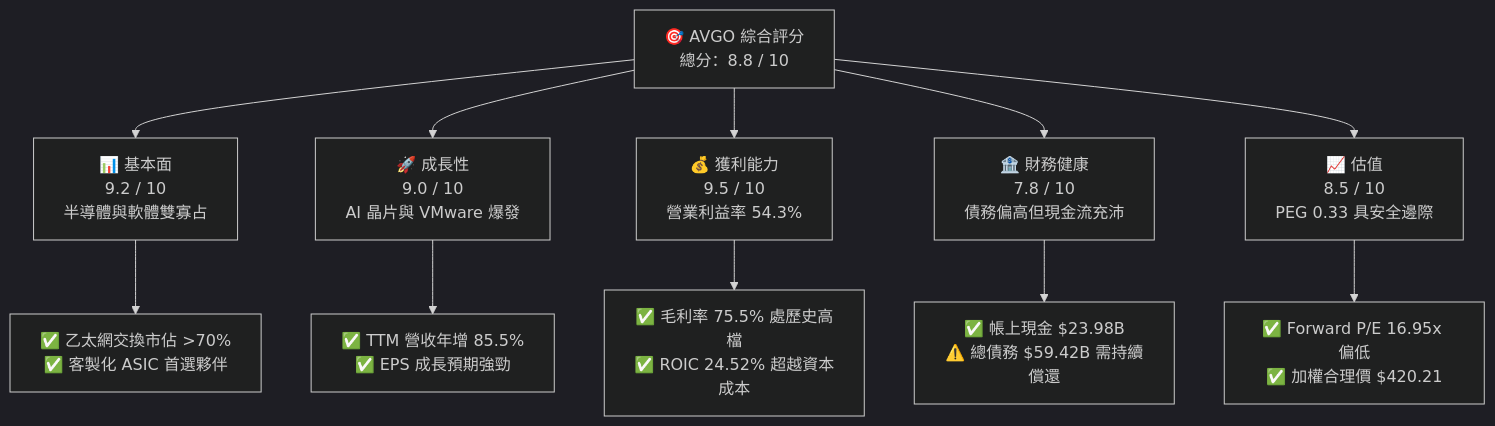
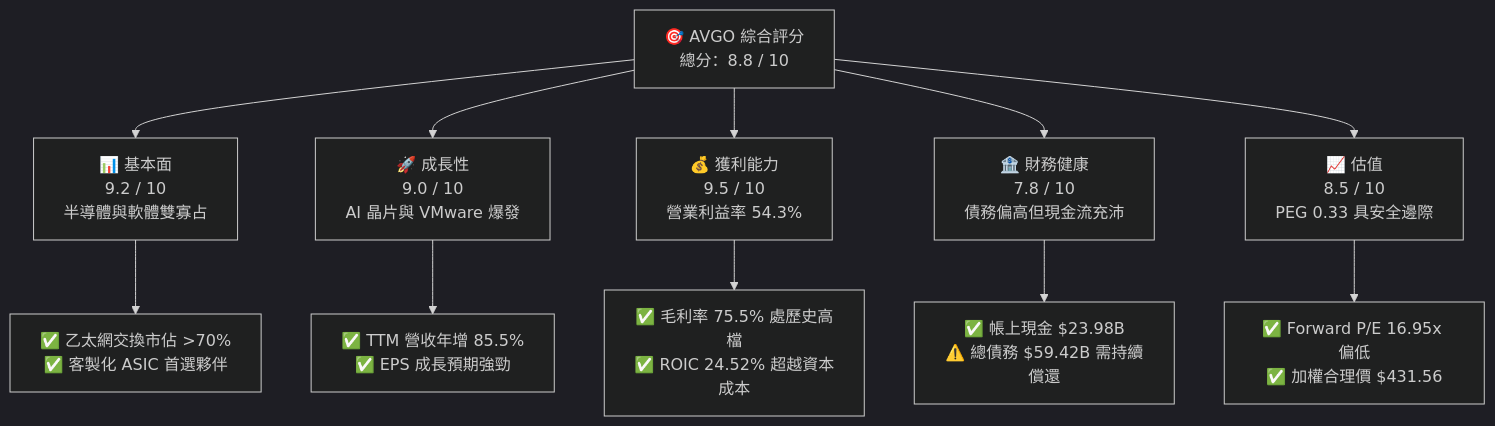
Before and after one commit to yennanliu/finance_data: the first of 16 diagrams in ai_gen_report/fundamental/avgo/fundamental_analysis_2026-10-17_gemini.md, drawn with Mermaid (dark theme). The commit also changed other lines of this file and 339 other files, not shown here.

````diff
--- a/ai_gen_report/fundamental/avgo/fundamental_analysis_2026-10-17_gemini.md
+++ b/ai_gen_report/fundamental/avgo/fundamental_analysis_2026-10-17_gemini.md
@@ -61,22 +68,22 @@
 ```mermaid
 graph TD
     AVGO["🎯 AVGO 綜合評分<br/>總分：8.8 / 10"]
 
     F["📊 基本面<br/>9.2 / 10<br/>半導體與軟體雙寡占"]
     G["🚀 成長性<br/>9.0 / 10<br/>AI 晶片與 VMware 爆發"]
     P["💰 獲利能力<br/>9.5 / 10<br/>營業利益率 54.3%"]
     B["🏦 財務健康<br/>7.8 / 10<br/>債務偏高但現金流充沛"]
     V["📈 估值<br/>8.5 / 10<br/>PEG 0.33 具安全邊際"]
 
     AVGO --> F
     AVGO --> G
     AVGO --> P
     AVGO --> B
     AVGO --> V
 
     F --> F1["✅ 乙太網交換市佔 >70%<br/>✅ 客製化 ASIC 首選夥伴"]
     G --> G1["✅ TTM 營收年增 85.5%<br/>✅ EPS 成長預期強勁"]
     P --> P1["✅ 毛利率 75.5% 處歷史高檔<br/>✅ ROIC 24.52% 超越資本成本"]
     B --> B1["✅ 帳上現金 $23.98B<br/>⚠️ 總債務 $59.42B 需持續償還"]
-    V --> V1["✅ Forward P/E 16.95x 偏低<br/>✅ 加權合理價 $420.21"]
+    V --> V1["✅ Forward P/E 16.95x 偏低<br/>✅ 加權合理價 $431.56"]
 ```
````
